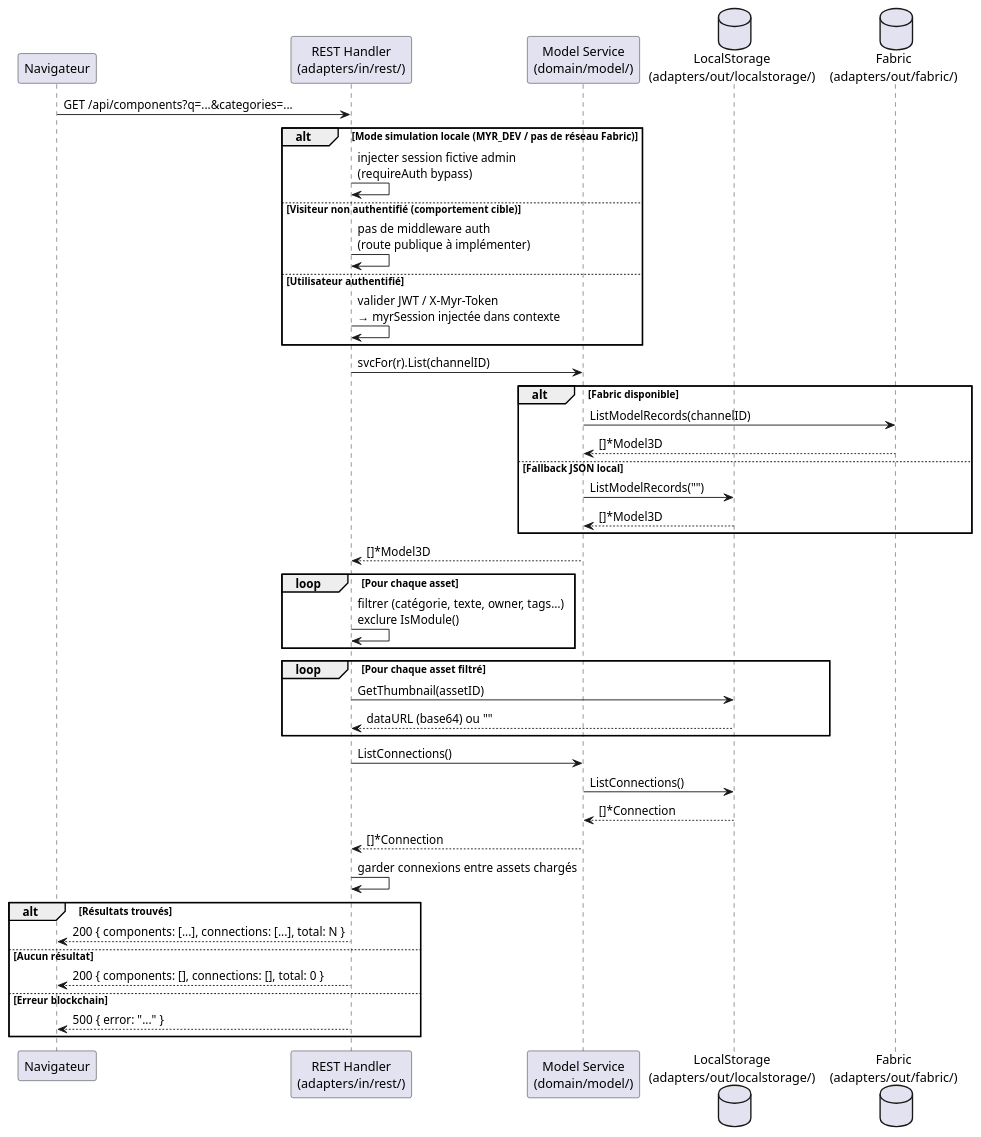
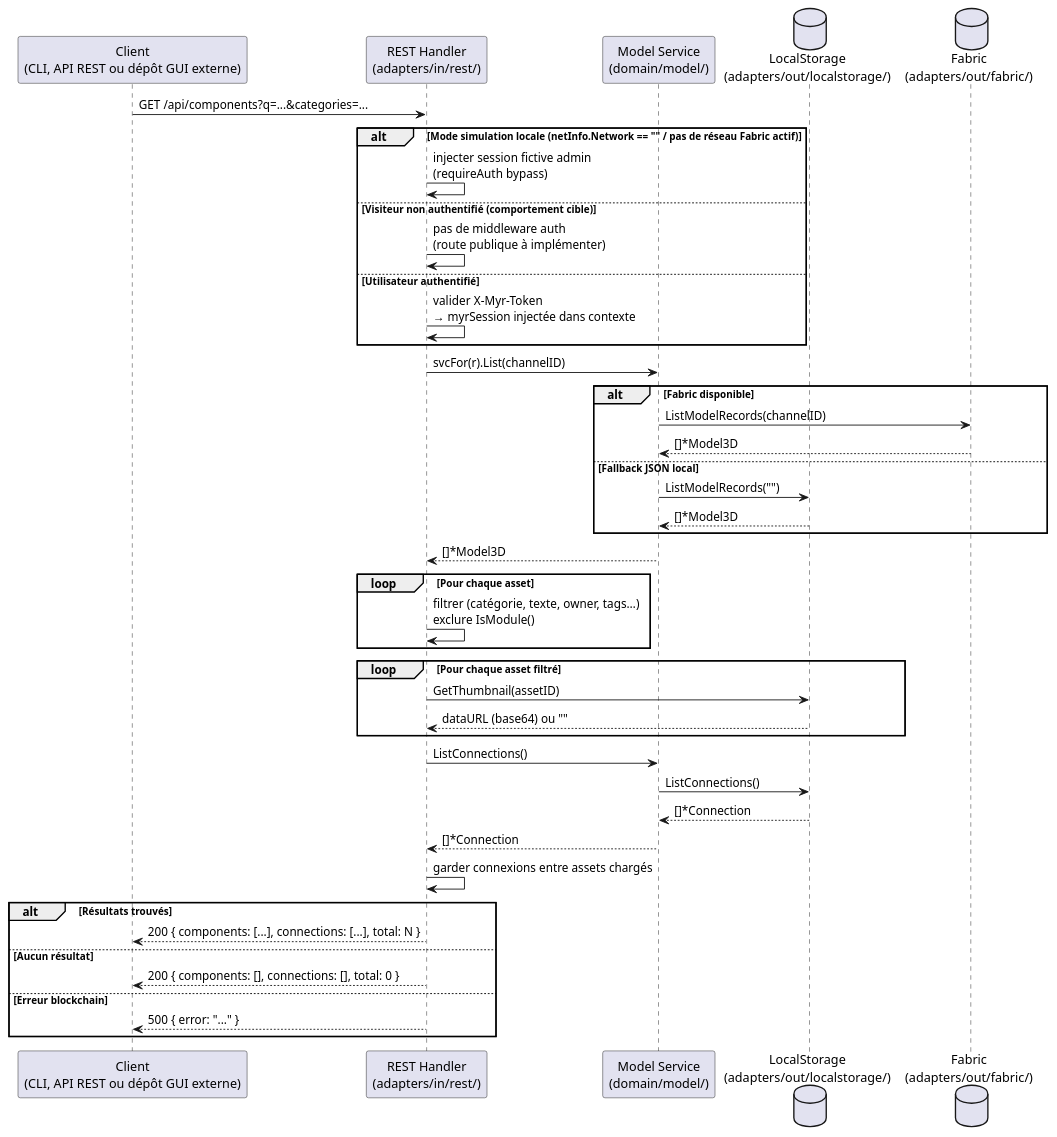
One commit to olivaux/myr changed the second of 2 diagrams in specs/2-Analyse/UCCL-Composant_Lecture/UCCL01.md. Above: the diagram before and after it, drawn with PlantUML. The commit also changed other lines of this file and 72 other files, not shown here.

````diff
--- a/specs/2-Analyse/UCCL-Composant_Lecture/UCCL01.md
+++ b/specs/2-Analyse/UCCL-Composant_Lecture/UCCL01.md
@@ -103,56 +100,56 @@
 ```plantuml
 @startuml
-participant "Navigateur" as Browser
+participant "Client\n(CLI, API REST ou dépôt GUI externe)" as Browser
 participant "REST Handler\n(adapters/in/rest/)" as REST
 participant "Model Service\n(domain/model/)" as Service
 database "LocalStorage\n(adapters/out/localstorage/)" as Local
 database "Fabric\n(adapters/out/fabric/)" as Fabric
 
 Browser -> REST : GET /api/components?q=...&categories=...
 
-alt Mode simulation locale (MYR_DEV / pas de réseau Fabric)
+alt Mode simulation locale (netInfo.Network == "" / pas de réseau Fabric actif)
     REST -> REST : injecter session fictive admin\n(requireAuth bypass)
 else Visiteur non authentifié (comportement cible)
     REST -> REST : pas de middleware auth\n(route publique à implémenter)
 else Utilisateur authentifié
-    REST -> REST : valider JWT / X-Myr-Token\n→ myrSession injectée dans contexte
+    REST -> REST : valider X-Myr-Token\n→ myrSession injectée dans contexte
 end
 
 REST -> Service : svcFor(r).List(channelID)
 
 alt Fabric disponible
     Service -> Fabric : ListModelRecords(channelID)
     Fabric --> Service : []*Model3D
 else Fallback JSON local
     Service -> Local : ListModelRecords("")
     Local --> Service : []*Model3D
 end
 
 Service --> REST : []*Model3D
 
 loop Pour chaque asset
     REST -> REST : filtrer (catégorie, texte, owner, tags…)\nexclure IsModule()
 end
 
 loop Pour chaque asset filtré
     REST -> Local : GetThumbnail(assetID)
     Local --> REST : dataURL (base64) ou ""
 end
 
 REST -> Service : ListConnections()
 Service -> Local : ListConnections()
 Local --> Service : []*Connection
 Service --> REST : []*Connection
 
 REST -> REST : garder connexions entre assets chargés
 
 alt Résultats trouvés
     REST --> Browser : 200 { components: [...], connections: [...], total: N }
 else Aucun résultat
     REST --> Browser : 200 { components: [], connections: [], total: 0 }
 else Erreur blockchain
     REST --> Browser : 500 { error: "..." }
 end
 
 @enduml
 ```
````
